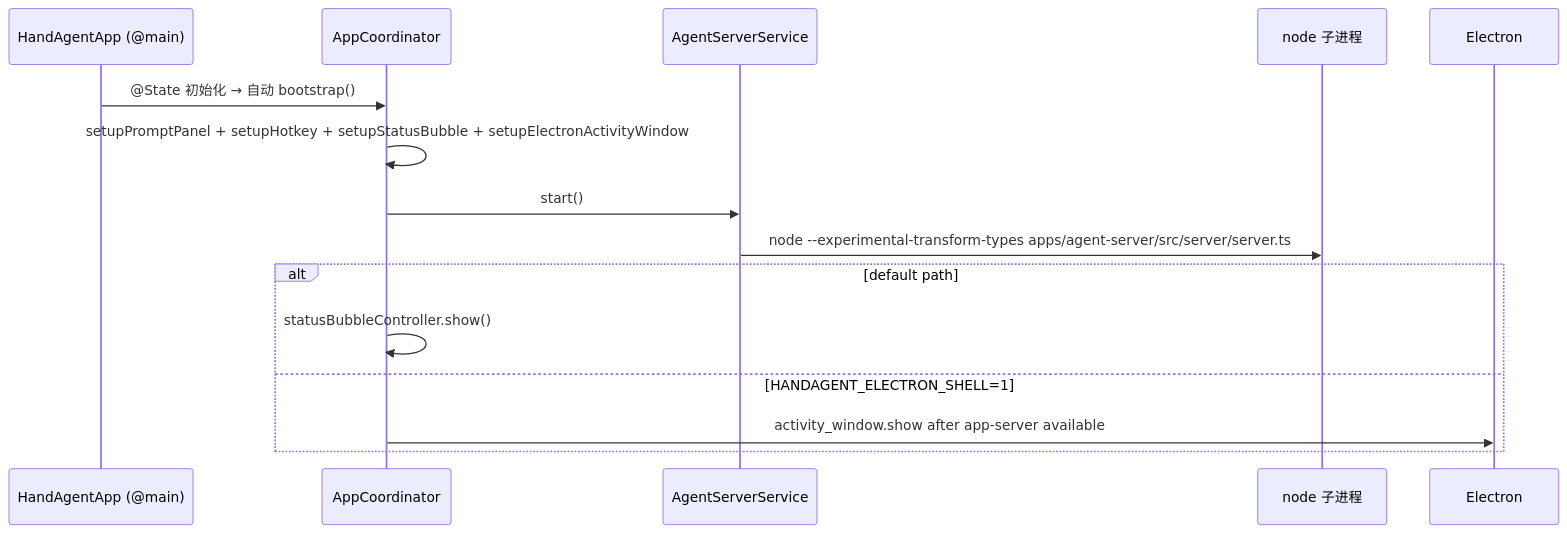
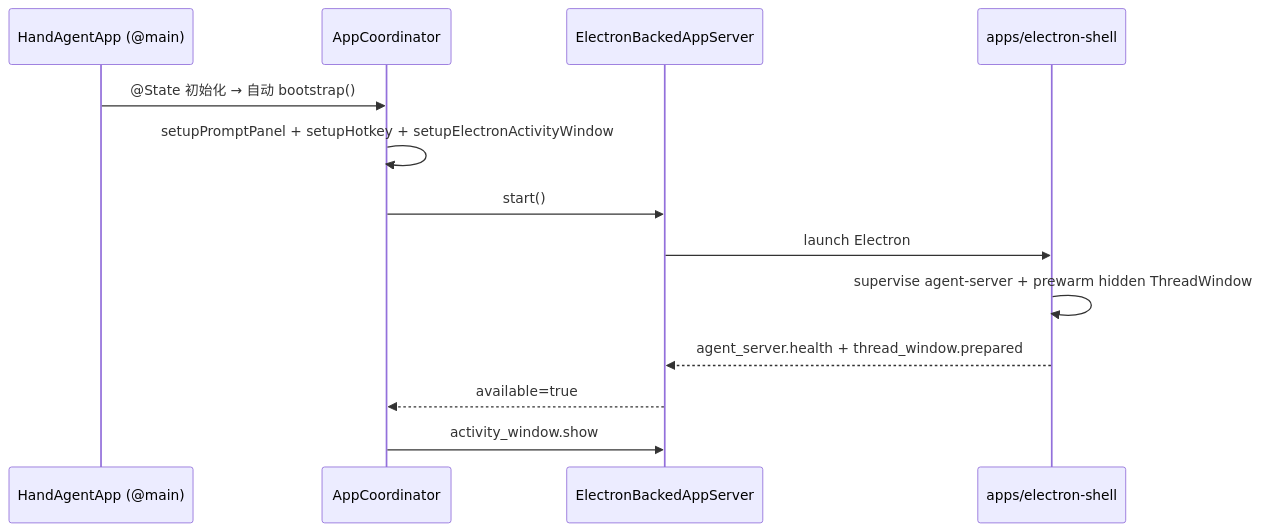
The first of 2 diagrams in apps/desktop/desktop.md (Lixuhang987/SpotAgent), drawn with Mermaid before and after one commit. The commit also changed other lines of this file and 51 other files, not shown here.

Commit message:
refactor: make desktop electron ui shell only

````diff
--- a/apps/desktop/desktop.md
+++ b/apps/desktop/desktop.md
@@ -86,17 +60,16 @@
 ```mermaid
 sequenceDiagram
   participant App as HandAgentApp (@main)
   participant Coord as AppCoordinator
-  participant Server as AgentServerService
-  participant Node as node 子进程
+  participant Electron as ElectronBackedAppServer
+  participant Shell as apps/electron-shell
 
   App->>Coord: @State 初始化 → 自动 bootstrap()
-  Coord->>Coord: setupPromptPanel + setupHotkey + setupStatusBubble + setupElectronActivityWindow
-  Coord->>Server: start()
-  Server->>Node: node --experimental-transform-types apps/agent-server/src/server/server.ts
-  alt default path
-    Coord->>Coord: statusBubbleController.show()
-  else HANDAGENT_ELECTRON_SHELL=1
-    Coord->>Electron: activity_window.show after app-server available
-  end
+  Coord->>Coord: setupPromptPanel + setupHotkey + setupElectronActivityWindow
+  Coord->>Electron: start()
+  Electron->>Shell: launch Electron
+  Shell->>Shell: supervise agent-server + prewarm hidden ThreadWindow
+  Shell-->>Electron: agent_server.health + thread_window.prepared
+  Electron-->>Coord: available=true
+  Coord->>Electron: activity_window.show
 ```
````
